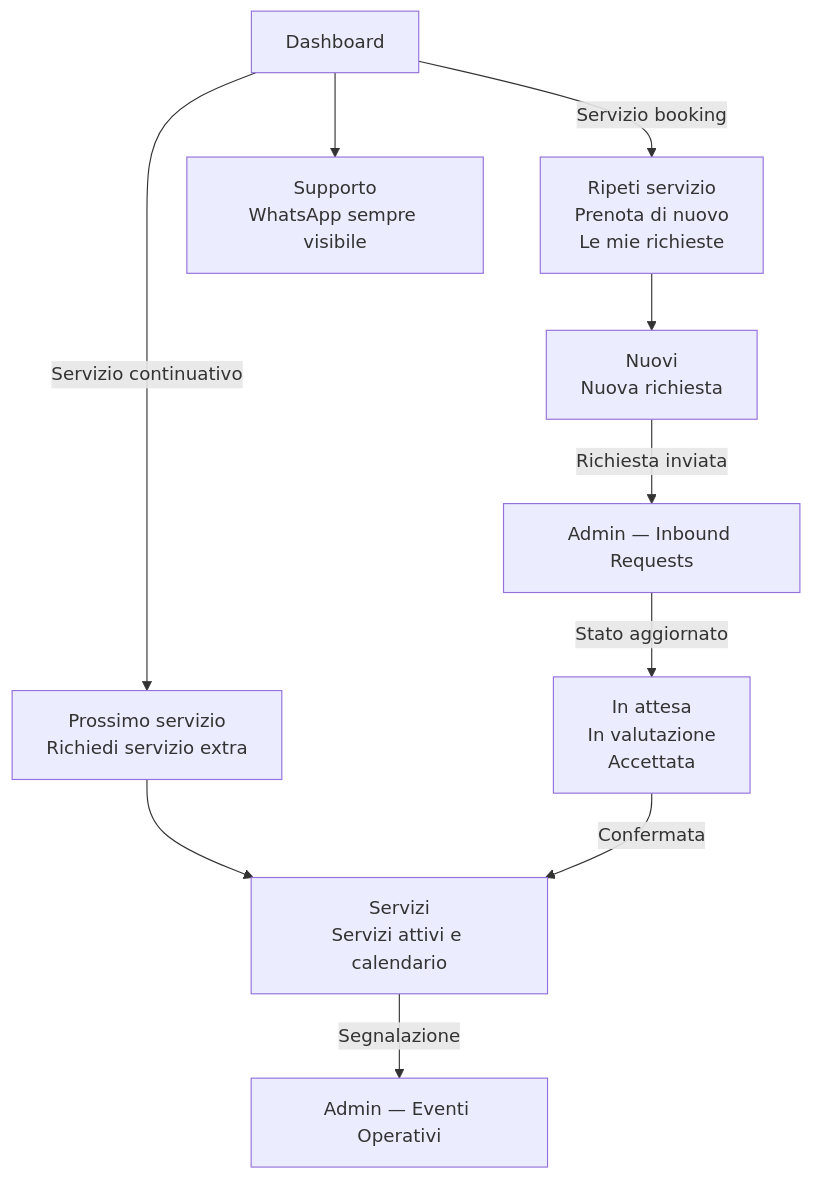
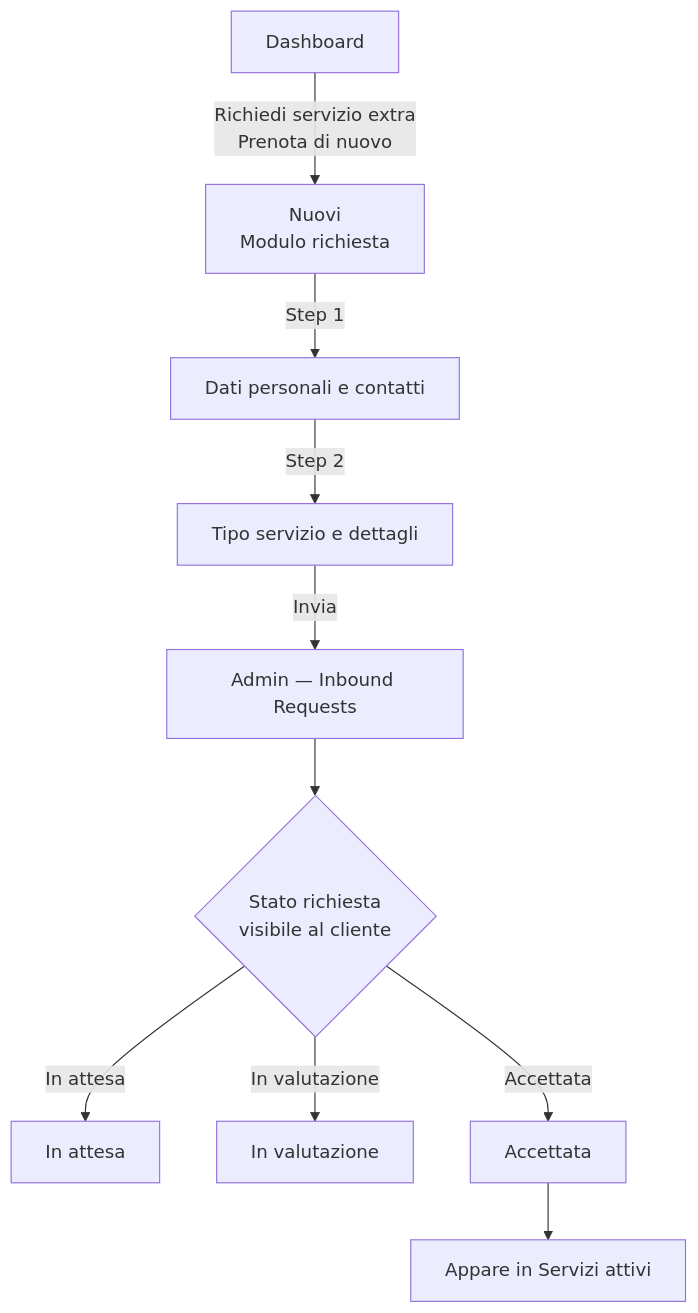
One commit to andreadimicco1/atlas-nevod changed the second of 2 diagrams in milestone1/03_cliente.md. Above: the diagram before and after it, drawn with Mermaid. The commit also changed other lines of this file, not shown here.

Commit message:
Cliente — flusso appuntamenti e modifiche separato da flusso nuova richiesta

````diff
--- a/milestone1/03_cliente.md
+++ b/milestone1/03_cliente.md
@@ -17,18 +38,17 @@
 ```mermaid
 flowchart TD
     DASH[Dashboard]
 
-    DASH --> |Servizio continuativo| C1[Prossimo servizio\nRichiedi servizio extra]
-    DASH --> |Servizio booking| C2[Ripeti servizio\nPrenota di nuovo\nLe mie richieste]
+    DASH --> |Richiedi servizio extra\nPrenota di nuovo| NUOVI[Nuovi\nModulo richiesta]
 
-    C1 --> SERV[Servizi\nServizi attivi e calendario]
-    C2 --> NUOVI[Nuovi\nNuova richiesta]
+    NUOVI --> |Step 1| S1[Dati personali e contatti]
+    S1 --> |Step 2| S2[Tipo servizio e dettagli]
+    S2 --> |Invia| IR[Admin — Inbound Requests]
 
-    SERV --> |Segnalazione| EV[Admin — Eventi Operativi]
+    IR --> STATO{Stato richiesta\nvisibile al cliente}
+    STATO --> |In attesa| W[In attesa]
+    STATO --> |In valutazione| V[In valutazione]
+    STATO --> |Accettata| A[Accettata]
 
-    NUOVI --> |Richiesta inviata| IR[Admin — Inbound Requests]
-    IR --> |Stato aggiornato| STATO[In attesa\nIn valutazione\nAccettata]
-    STATO --> |Confermata| SERV
-
-    DASH --> SUPP[Supporto\nWhatsApp sempre visibile]
+    A --> SA[Appare in Servizi attivi]
 ```
````
